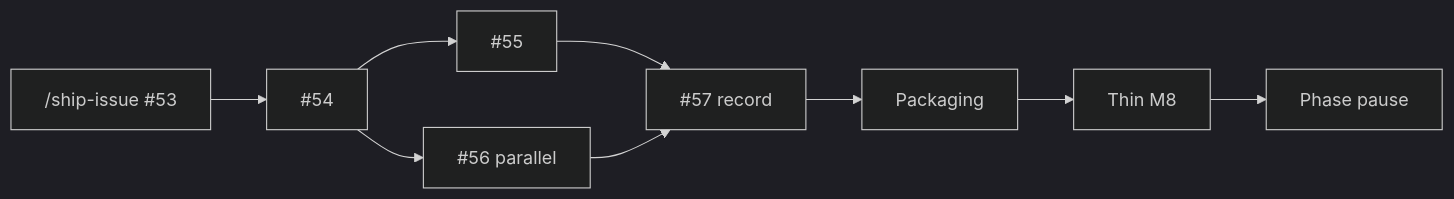
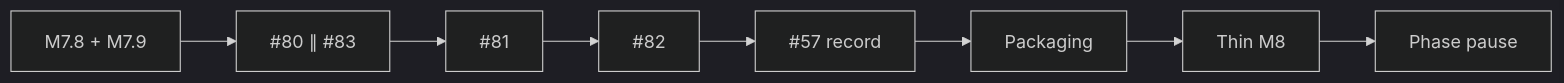
One commit to RoxanaTapia/ai-doc-to-chat-pipeline changed the diagram in docs/operators/PROJECT-DIRECTION.md. Above: the diagram before and after it, drawn with Mermaid (dark theme). The commit also changed other lines of this file and 3 other files, not shown here.

````diff
--- a/docs/operators/PROJECT-DIRECTION.md
+++ b/docs/operators/PROJECT-DIRECTION.md
@@ -132,11 +134,10 @@
 ```mermaid
 flowchart LR
-  A["/ship-issue #53"] --> B["#54"]
-  B --> C["#55"]
-  B --> D["#56 parallel"]
-  C --> E["#57 record"]
-  D --> E
+  A["M7.8 + M7.9"] --> B["#80 ∥ #83"]
+  B --> C["#81"]
+  C --> D["#82"]
+  D --> E["#57 record"]
   E --> F[Packaging]
   F --> G[Thin M8]
   G --> H[Phase pause]
 ```
````
